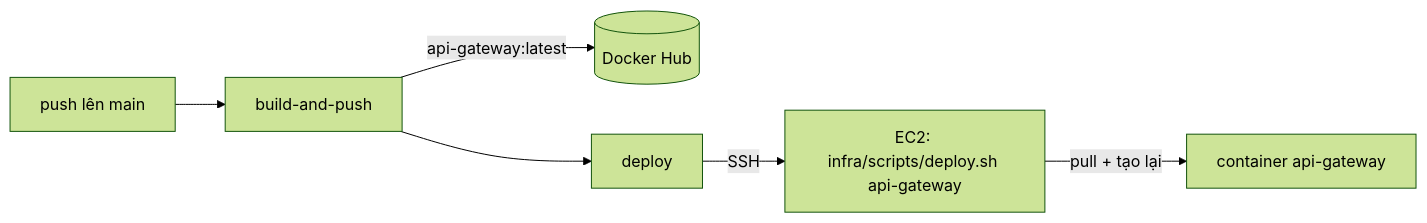
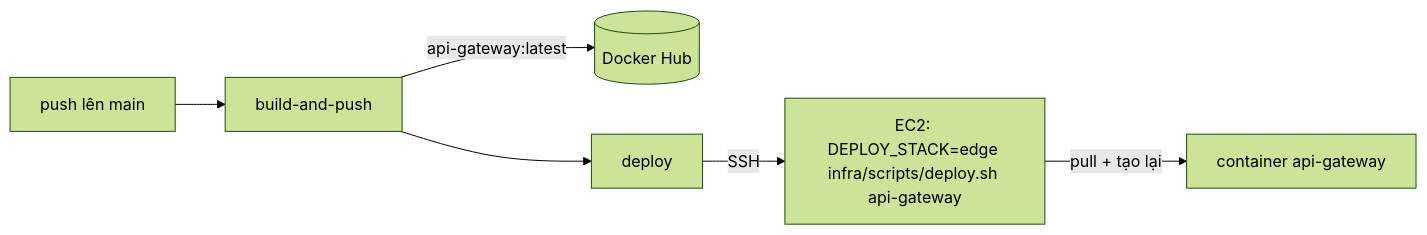
The diagram in docs/06-configuration-and-deployment.md (pbl6-home-renter/api-gateway), drawn with Mermaid (forest theme) before and after one commit. The commit also changed other lines of this file and 1 other file, not shown here.

Commit message:
ci(deploy): deploy gateway to the edge stack

````diff
--- a/docs/06-configuration-and-deployment.md
+++ b/docs/06-configuration-and-deployment.md
@@ -108,8 +108,8 @@
 ```mermaid
 flowchart LR
     P[push lên main] --> B[build-and-push]
     B -->|"api-gateway:latest"| H[(Docker Hub)]
     B --> D[deploy]
-    D -->|SSH| E[EC2: infra/scripts/deploy.sh api-gateway]
+    D -->|SSH| E[EC2: DEPLOY_STACK=edge infra/scripts/deploy.sh api-gateway]
     E -->|pull + tạo lại| C[container api-gateway]
 ```
````
